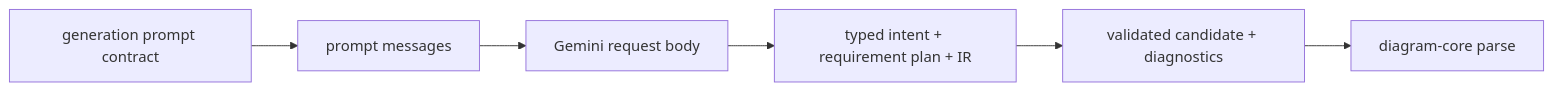
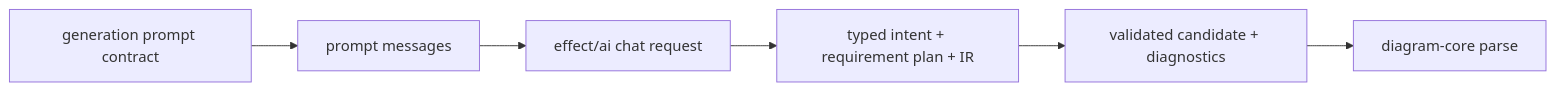
The diagram in packages/diagram/generation/README.md (shpitdev/sketchi), drawn with Mermaid before and after one commit. The commit also changed other lines of this file and 21 other files, not shown here.

````diff
--- a/packages/diagram/generation/README.md
+++ b/packages/diagram/generation/README.md
@@ -5,8 +5,8 @@
 ```mermaid
 flowchart LR
   Prompt["generation prompt contract"] --> Messages["prompt messages"]
-  Messages --> Gemini["Gemini request body"]
-  Gemini --> Intent["typed intent + requirement plan + IR"]
+  Messages --> Chat["effect/ai chat request"]
+  Chat --> Intent["typed intent + requirement plan + IR"]
   Intent --> Candidate["validated candidate + diagnostics"]
   Candidate --> Core["diagram-core parse"]
 ```
````
